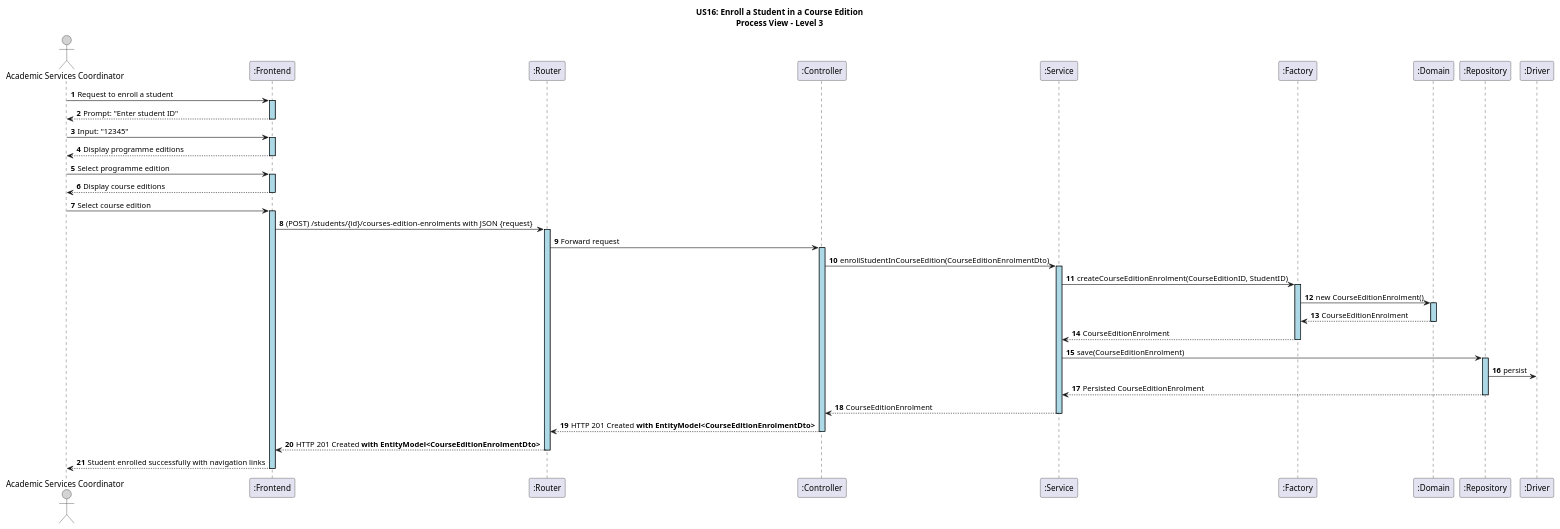
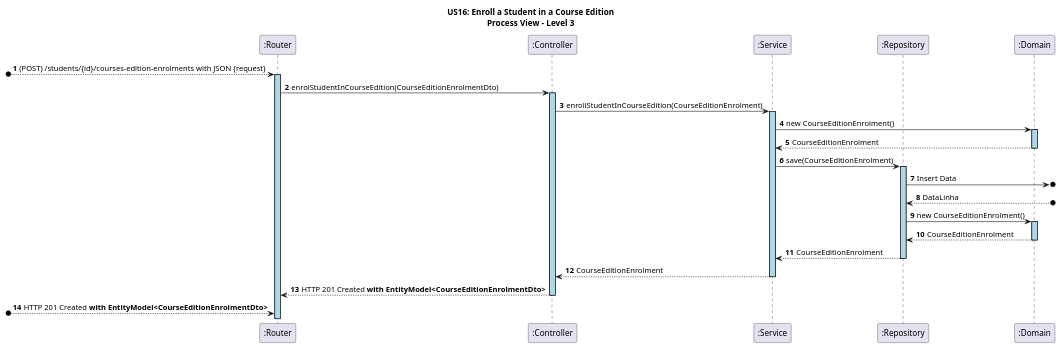
The diagram in docs/US16/sprint6_RestController/process_view/Level3.puml (GasparISEP/DevOps-PAI), drawn with PlantUML before and after one commit. The commit also changed 2 other files, not shown here.

Commit message:
refactor(Level3 & Level4): update sequence diagrams for student enrollment process, enhance clarity and consistency in participant roles, and remove obsolete Level 5 diagram. refs #659 #684

```diff
--- a/docs/US16/sprint6_RestController/process_view/Level3.puml
+++ b/docs/US16/sprint6_RestController/process_view/Level3.puml
@@ -1,52 +1,47 @@
 @startuml
 autonumber
 
 skinparam sequence {
     LifelineBorderColor black
     LifelineBackgroundColor LightBlue
     ActorBorderColor black
     ActorBackgroundColor LightGray
 }
 
 title US16: Enroll a Student in a Course Edition\nProcess View – Level 3
 
-actor ASC as "Academic Services Coordinator"
-participant ":Frontend" as FE
 participant ":Router" as RT
 participant ":Controller" as CT
 participant ":Service" as SE
-participant ":Factory" as FA
+participant ":Repository" as RE
 participant ":Domain" as DM
-participant ":Repository" as RE
-participant ":Driver" as Driver
 
-ASC -> FE ++: Request to enroll a student
-FE --> ASC --: Prompt: "Enter student ID"
-ASC -> FE ++: Input: "12345"
-FE --> ASC --: Display programme editions
-ASC -> FE ++: Select programme edition
-FE --> ASC --: Display course editions
-ASC -> FE ++: Select course edition
 
-FE -> RT ++: (POST) /students/{id}/courses-edition-enrolments with JSON {request}
-RT -> CT ++: Forward request
+ [o--> RT ++: (POST) /students/{id}/courses-edition-enrolments with JSON {request}
+RT -> CT ++: enrolStudentInCourseEdition(CourseEditionEnrolmentDto)
 
-CT -> SE ++: enrollStudentInCourseEdition(CourseEditionEnrolmentDto)
+CT -> SE ++: enrollStudentInCourseEdition(CourseEditionEnrolment)
 
-SE -> FA ++: createCourseEditionEnrolment(CourseEditionID, StudentID)
-FA -> DM ++: new CourseEditionEnrolment()
-DM --> FA --: CourseEditionEnrolment
-FA --> SE --: CourseEditionEnrolment
+
+SE -> DM ++: new CourseEditionEnrolment()
+DM --> SE --: CourseEditionEnrolment
 
 SE -> RE ++: save(CourseEditionEnrolment)
-RE -> Driver: persist
-RE --> SE --: Persisted CourseEditionEnrolment
+
+
+RE ->o]: Insert Data
+RE <--o]: DataLinha
+
+
+RE -> DM ++: new CourseEditionEnrolment()
+DM --> RE --: CourseEditionEnrolment
+
+RE --> SE --: CourseEditionEnrolment
 
 SE --> CT --: CourseEditionEnrolment
 
 CT --> RT --: HTTP 201 Created **with EntityModel<CourseEditionEnrolmentDto>**
 
-RT --> FE --: HTTP 201 Created **with EntityModel<CourseEditionEnrolmentDto>**
-FE --> ASC --: Student enrolled successfully with navigation links
+[o-->  RT: HTTP 201 Created **with EntityModel<CourseEditionEnrolmentDto>**
 
 @enduml
```
